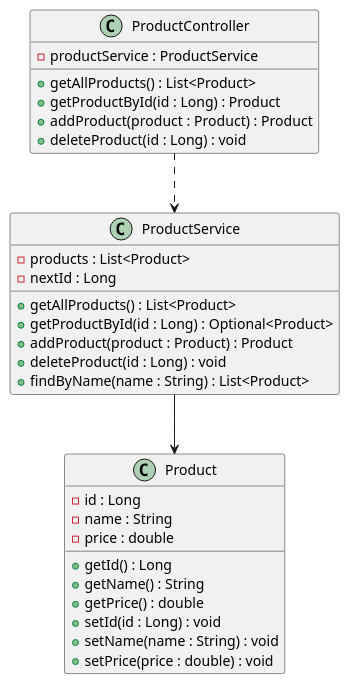
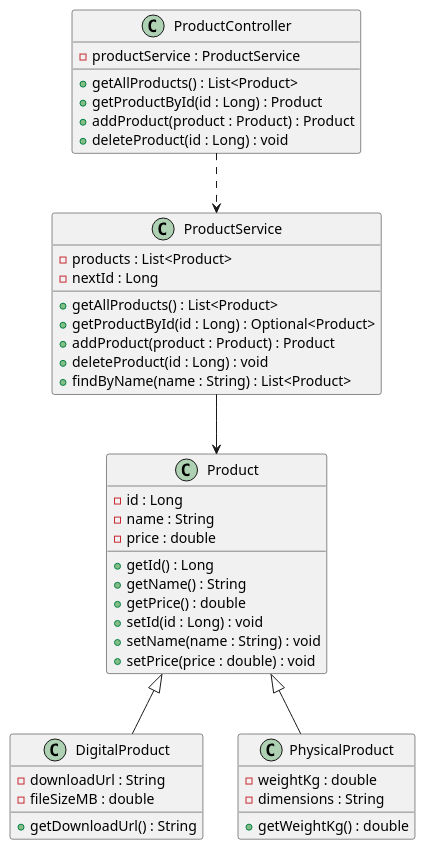
Before and after one commit to janixbandara/products-api: the diagram in docs/uml/Tutorial3.puml, drawn with PlantUML.

Commit message:
Tutorial 4: Updated UML

```diff
--- a/docs/uml/Tutorial3.puml
+++ b/docs/uml/Tutorial3.puml
@@ -1,36 +1,55 @@
 @startuml
+
 class Product {
-- id : Long
-- name : String
-- price : double
-+ getId() : Long
-+ getName() : String
-+ getPrice() : double
-+ setId(id : Long) : void
-+ setName(name : String) : void
-+ setPrice(price : double) : void
-}
-class ProductService {
-- products : List<Product>
-- nextId : Long
-+ getAllProducts() : List<Product>
-+ getProductById(id : Long) : Optional<Product>
-+ addProduct(product : Product) : Product
-+ deleteProduct(id : Long) : void
-+ findByName(name : String) : List<Product>
-}
-class ProductController {
-- productService : ProductService
-+ getAllProducts() : List<Product>
-+ getProductById(id : Long) : Product
-+ addProduct(product : Product) : Product
-+ deleteProduct(id : Long) : void
+  - id : Long
+  - name : String
+  - price : double
+  + getId() : Long
+  + getName() : String
+  + getPrice() : double
+  + setId(id : Long) : void
+  + setName(name : String) : void
+  + setPrice(price : double) : void
 }
 
-' ..> is a dependency: DASHED line, open arrow
+class DigitalProduct {
+  - downloadUrl : String
+  - fileSizeMB : double
+  + getDownloadUrl() : String
+}
+
+class PhysicalProduct {
+  - weightKg : double
+  - dimensions : String
+  + getWeightKg() : double
+}
+
+class ProductService {
+  - products : List<Product>
+  - nextId : Long
+  + getAllProducts() : List<Product>
+  + getProductById(id : Long) : Optional<Product>
+  + addProduct(product : Product) : Product
+  + deleteProduct(id : Long) : void
+  + findByName(name : String) : List<Product>
+}
+
+class ProductController {
+  - productService : ProductService
+  + getAllProducts() : List<Product>
+  + getProductById(id : Long) : Product
+  + addProduct(product : Product) : Product
+  + deleteProduct(id : Long) : void
+}
+
+' Dependency: dashed line with open arrow
 ProductController ..> ProductService
 
-' --> is an association: SOLID line
+' Association: solid line
 ProductService --> Product
 
+' Inheritance
+Product <|-- DigitalProduct
+Product <|-- PhysicalProduct
+
 @enduml
```
